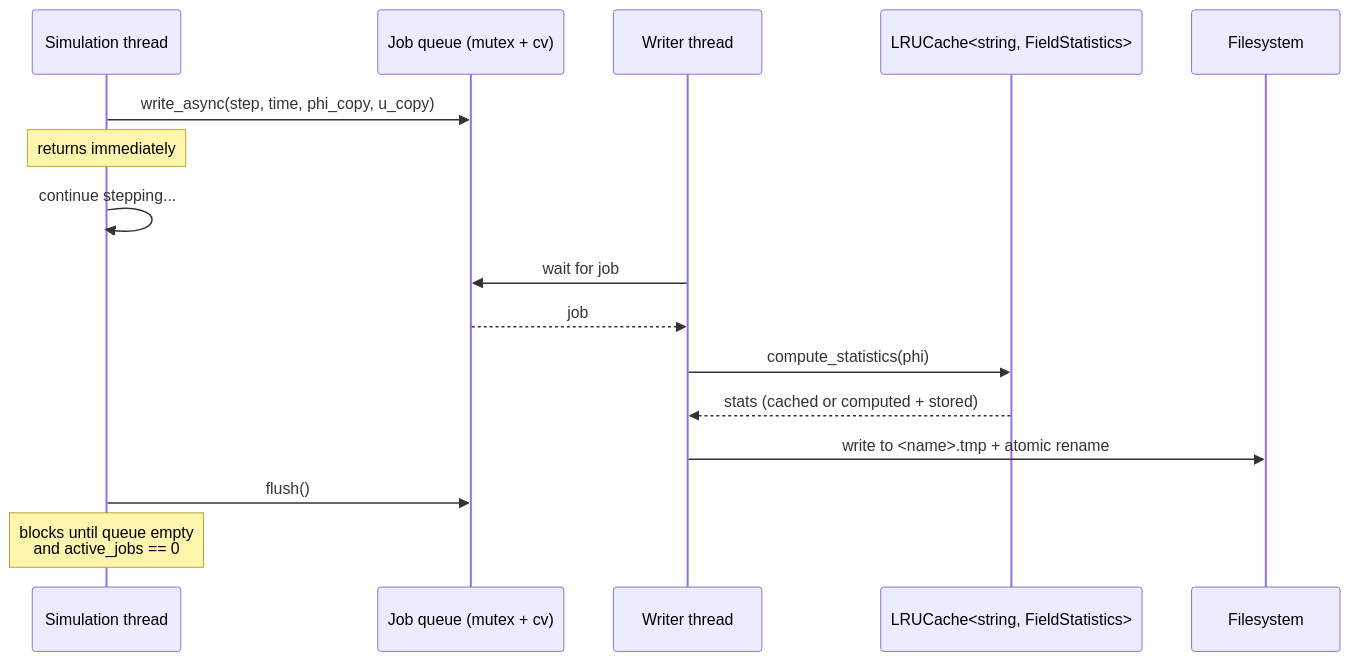
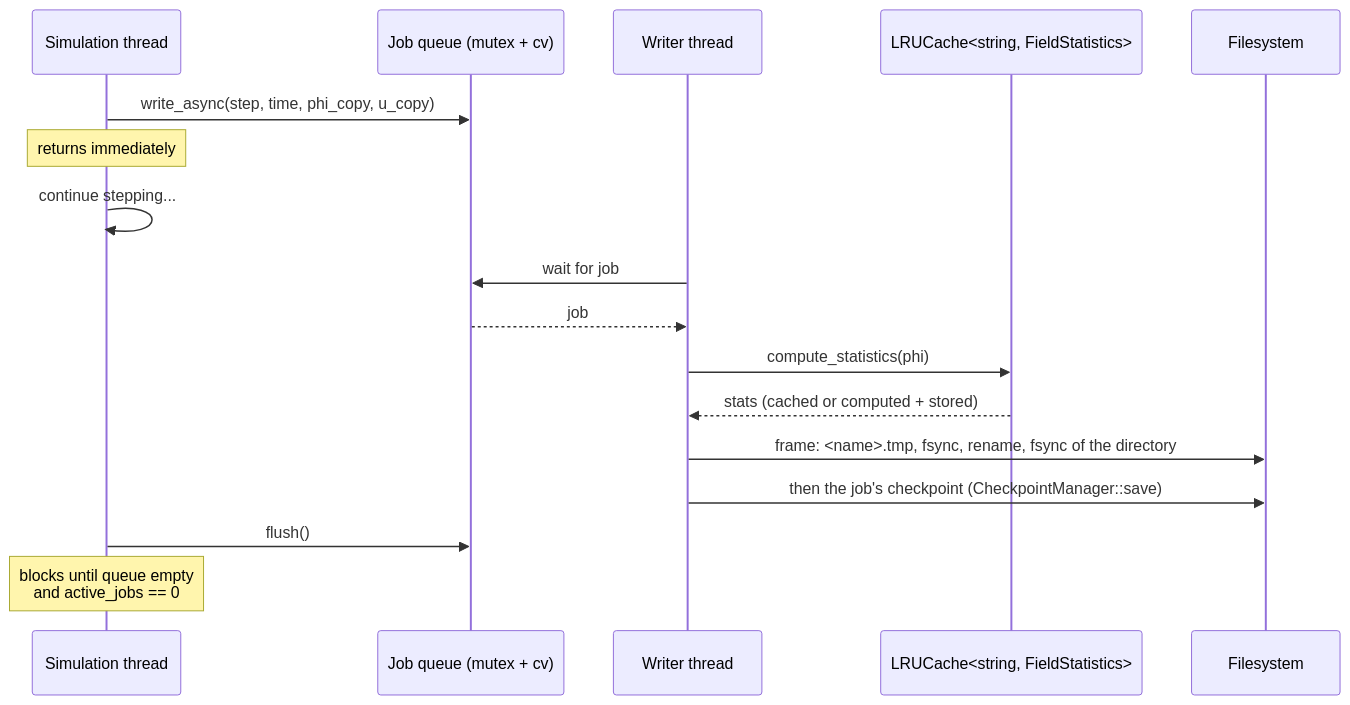
One commit to myousefi2016/Allen-Cahn-CUDA changed the sixth of 7 diagrams in docs/DESIGN.md. Above: the diagram before and after it, drawn with Mermaid. The commit also changed other lines of this file and 11 other files, not shown here.

````diff
--- a/docs/DESIGN.md
+++ b/docs/DESIGN.md
@@ -688,19 +692,20 @@
 ```mermaid
 sequenceDiagram
     participant Sim  as Simulation thread
     participant Q    as Job queue (mutex + cv)
     participant BG   as Writer thread
     participant LRU  as LRUCache<string, FieldStatistics>
     participant FS   as Filesystem
 
     Sim->>Q: write_async(step, time, phi_copy, u_copy)
     Note over Sim: returns immediately
     Sim->>Sim: continue stepping...
     BG->>Q: wait for job
     Q-->>BG: job
     BG->>LRU: compute_statistics(phi)
     LRU-->>BG: stats (cached or computed + stored)
-    BG->>FS: write to <name>.tmp + atomic rename
+    BG->>FS: frame: <name>.tmp, fsync, rename, fsync of the directory
+    BG->>FS: then the job's checkpoint (CheckpointManager::save)
     Sim->>Q: flush()
     Note over Sim: blocks until queue empty<br/>and active_jobs == 0
 ```
````
